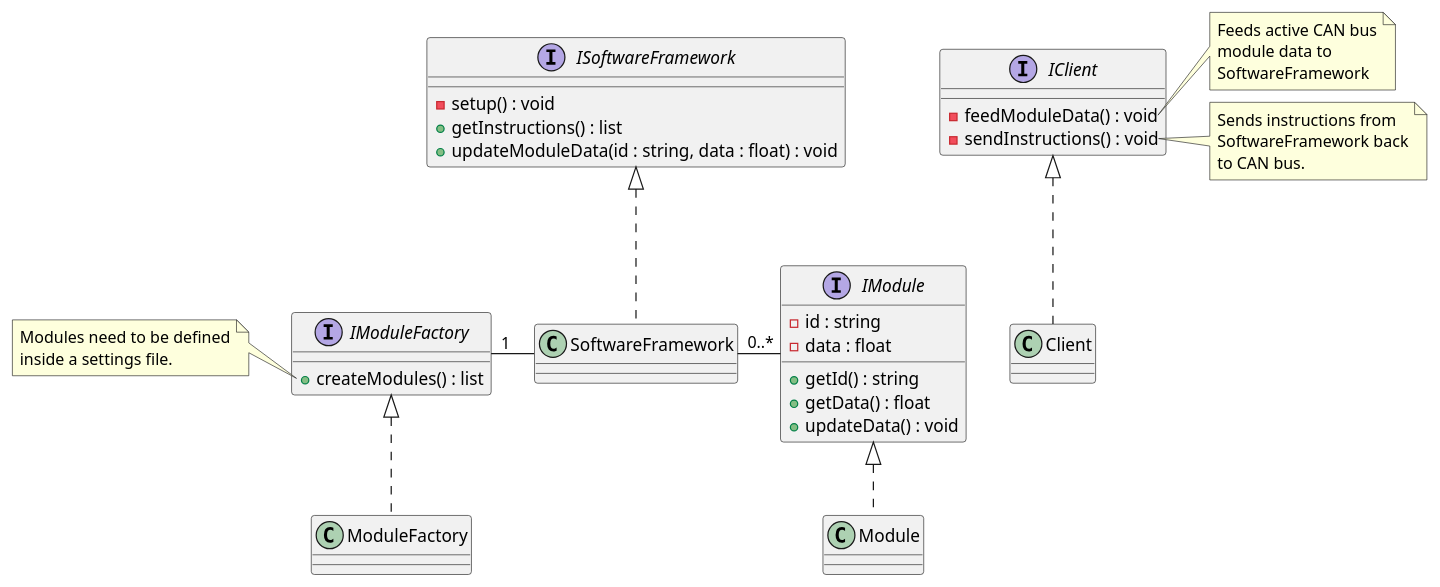
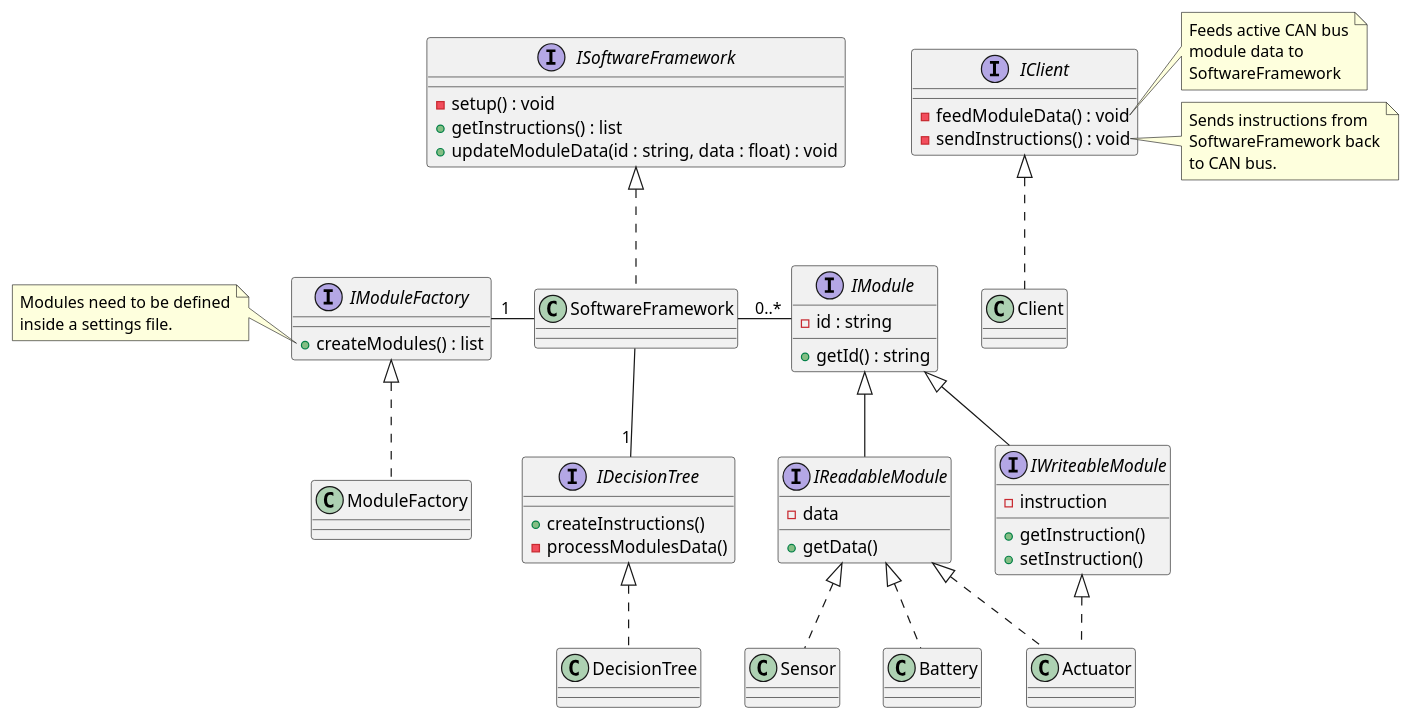
One commit to S-Vrijenhoek/Microtransat-Software-Framework changed the diagram in docs/diagrams/src/class_diagram.wsd. Above: the diagram before and after it, drawn with PlantUML. The commit also changed 1 other file, not shown here.

Commit message:
WIP: Updated class diagram

```diff
--- a/docs/diagrams/src/class_diagram.wsd
+++ b/docs/diagrams/src/class_diagram.wsd
@@ -1,61 +1,86 @@
 @startuml Class Diagram
 
 interface IClient
 interface IModule
 interface IModuleFactory
+interface IDecisionTree
 interface ISoftwareFramework
+interface IReadableModule
+interface IWriteableModule
 
 class Client
-class Module
 class ModuleFactory
+class DecisionTree
 class SoftwareFramework
+class Sensor
+class Actuator
+class Battery
 
 IClient <|.. Client
-IModule <|.. Module
+IModule <|-- IReadableModule
+IModule <|-- IWriteableModule
+IReadableModule <|.. Sensor
+IReadableModule <|.. Actuator
+IReadableModule <|.. Battery
+IWriteableModule <|.. Actuator
 IModuleFactory <|.. ModuleFactory
+IDecisionTree <|.. DecisionTree
 ISoftwareFramework <|.. SoftwareFramework
-
 SoftwareFramework - "0..*" IModule
 SoftwareFramework -left- "1" IModuleFactory
+SoftwareFramework -down- "1" IDecisionTree
 
 interface IClient {
     - feedModuleData() : void
     - sendInstructions() : void
 }
 
 interface IModule {
     - id : string
-    - data : float
     + getId() : string
-    + getData() : float
-    + updateData() : void
+}
+
+interface IReadableModule {
+    - data
+    + getData()
+}
+
+interface IWriteableModule {
+    - instruction
+    + getInstruction()
+    + setInstruction()
 }
 
 interface ISoftwareFramework {
     - setup() : void
     + getInstructions() : list
     + updateModuleData(id : string, data : float) : void
 }
 
 interface IModuleFactory {
     + createModules() : list
+}
+
+interface IDecisionTree {
+    + createInstructions()
+    - processModulesData()
 }
 
 note left of IModuleFactory::createModules
     Modules need to be defined
     inside a settings file.
 end note
 
 note right of IClient::feedModuleData 
     Feeds active CAN bus
     module data to 
     SoftwareFramework
 end note
 
 note right of IClient::sendInstructions 
     Sends instructions from
     SoftwareFramework back
     to CAN bus. 
 end note
 
 @enduml
```
